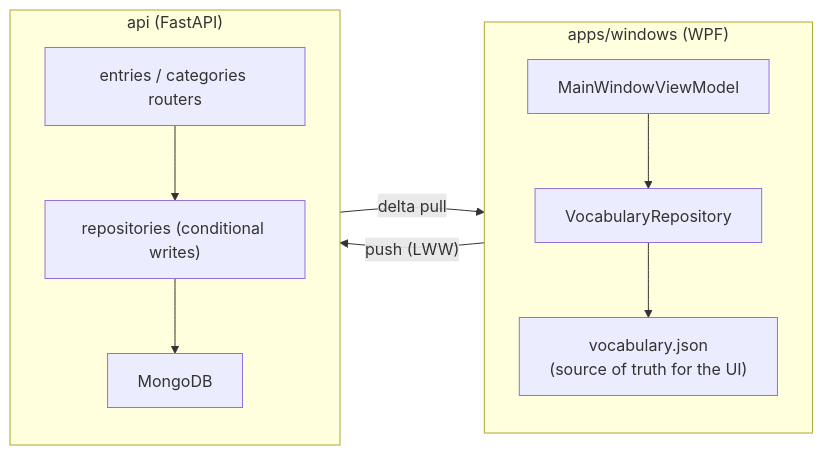
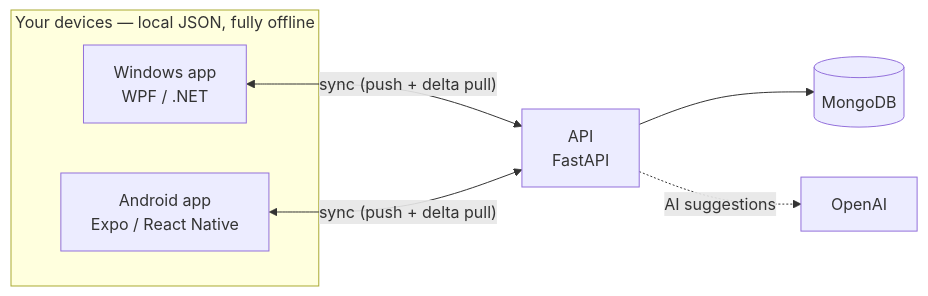
Before and after one commit to ArenKae/LexiCall: the diagram in README.md, drawn with Mermaid. The commit also changed other lines of this file and 13 other files, not shown here.

````diff
--- a/README.md
+++ b/README.md
@@ -29,15 +102,11 @@
 ```mermaid
 flowchart LR
-    subgraph client["apps/windows (WPF)"]
-        direction TB
-        VM["MainWindowViewModel"] --> Repo["VocabularyRepository"] --> JSON["vocabulary.json<br/>(source of truth for the UI)"]
+    subgraph devices["Your devices — local JSON, fully offline"]
+        W["Windows app<br/>WPF / .NET"]
+        M["Android app<br/>Expo / React Native"]
     end
-
-    subgraph server["api (FastAPI)"]
-        direction TB
-        Routers["entries / categories routers"] --> Repos["repositories (conditional writes)"] --> Mongo["MongoDB"]
-    end
-
-    client -- "push (LWW)" --> server
-    server -- "delta pull" --> client
+    W <-->|"sync (push + delta pull)"| A["API<br/>FastAPI"]
+    M <-->|"sync (push + delta pull)"| A
+    A --> DB[("MongoDB")]
+    A -.->|"AI suggestions"| O["OpenAI"]
 ```
````
